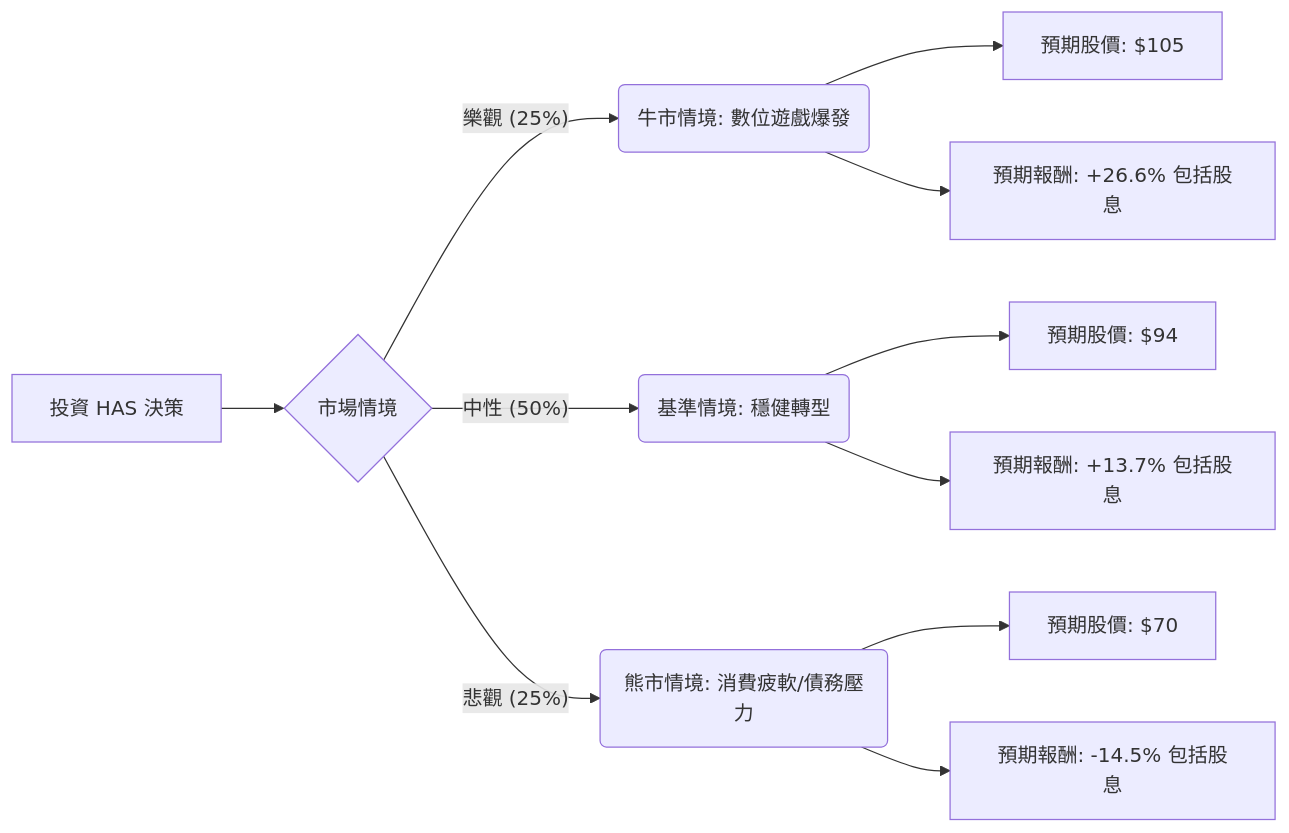
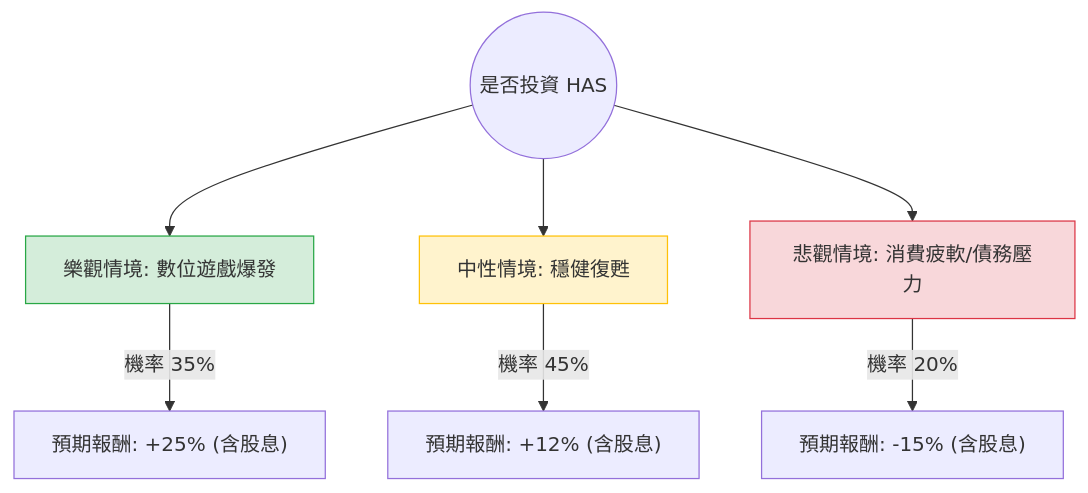
The diagram in plugin-react/ai-analysis/ev-analysis/HAS.md (zmcx16/zmcx16.github.io), drawn with Mermaid before and after one commit. The commit also changed other lines of this file and 80 other files, not shown here.

````diff
--- a/plugin-react/ai-analysis/ev-analysis/HAS.md
+++ b/plugin-react/ai-analysis/ev-analysis/HAS.md
@@ -20,17 +19,14 @@
 ```mermaid
-graph LR
-    A[投資 HAS 決策] --> B{市場情境}
-    
-    B -- 樂觀 (25%) --> C(牛市情境: 數位遊戲爆發)
-    B -- 中性 (50%) --> D(基準情境: 穩健轉型)
-    B -- 悲觀 (25%) --> E(熊市情境: 消費疲軟/債務壓力)
+graph TD
+    Start((是否投資 HAS)) --> Bull[樂觀情境: 數位遊戲爆發]
+    Start --> Base[中性情境: 穩健復甦]
+    Start --> Bear[悲觀情境: 消費疲軟/債務壓力]
 
-    C --> C1[預期股價: $105]
-    C --> C2[預期報酬: +26.6% 包括股息]
-    
-    D --> D1[預期股價: $94]
-    D --> D2[預期報酬: +13.7% 包括股息]
-    
-    E --> E1[預期股價: $70]
-    E --> E2[預期報酬: -14.5% 包括股息]
+    Bull -- "機率 35%" --> Bull_EV["預期報酬: +25% (含股息)"]
+    Base -- "機率 45%" --> Base_EV["預期報酬: +12% (含股息)"]
+    Bear -- "機率 20%" --> Bear_EV["預期報酬: -15% (含股息)"]
+
+    style Bull fill:#d4edda,stroke:#28a745
+    style Base fill:#fff3cd,stroke:#ffc107
+    style Bear fill:#f8d7da,stroke:#dc3545
 ```
````
